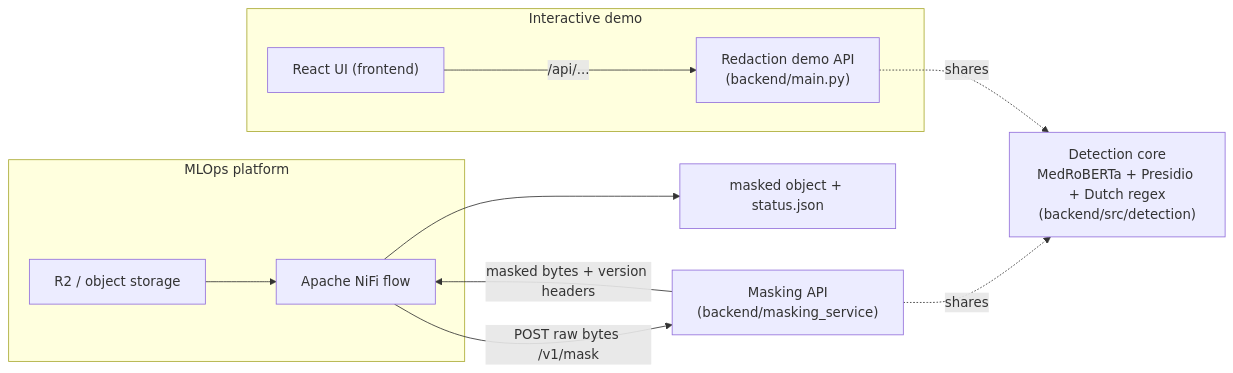
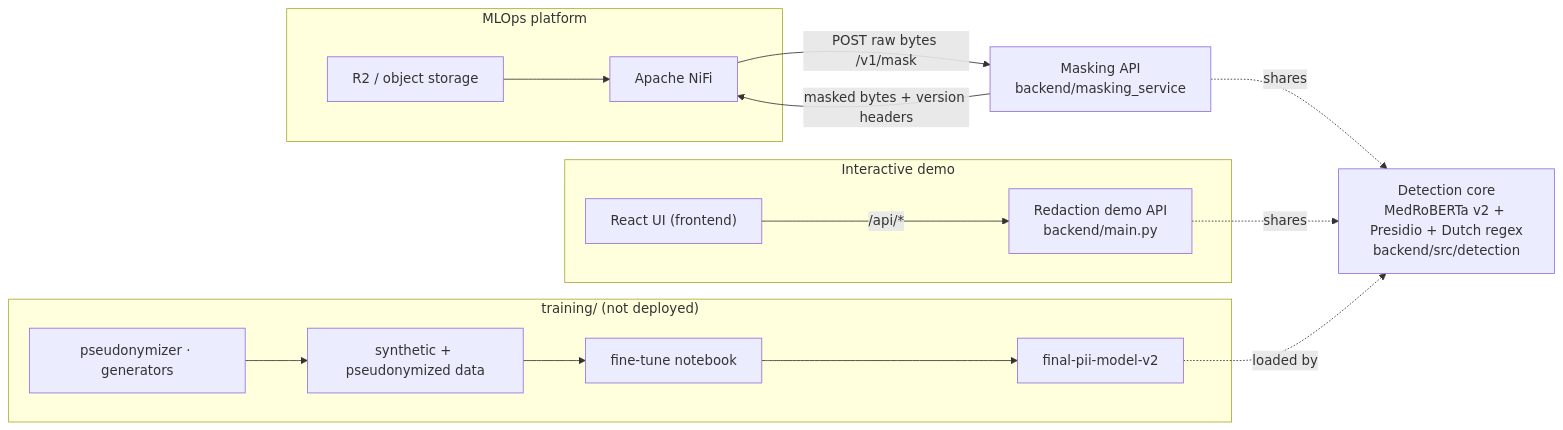
One commit to ziad-osama04/End-to-End-PII-v2 changed the diagram in README.md. Above: the diagram before and after it, drawn with Mermaid. The commit also changed other lines of this file and 2 other files, not shown here.

````diff
--- a/README.md
+++ b/README.md
@@ -55,16 +54,20 @@
 ```mermaid
 flowchart LR
     subgraph Platform["MLOps platform"]
-        R2["R2 / object storage"] --> NiFi["Apache NiFi flow"]
+        R2["R2 / object storage"] --> NiFi["Apache NiFi"]
     end
-    NiFi -->|"POST raw bytes /v1/mask"| API["Masking API\n(backend/masking_service)"]
+    NiFi -->|"POST raw bytes /v1/mask"| API["Masking API\nbackend/masking_service"]
     API -->|"masked bytes + version headers"| NiFi
-    NiFi --> OUT["masked object + status.json"]
 
     subgraph Demo["Interactive demo"]
-        UI["React UI (frontend)"] -->|"/api/..."| DEMO["Redaction demo API\n(backend/main.py)"]
+        UI["React UI (frontend)"] -->|"/api/*"| DEMO["Redaction demo API\nbackend/main.py"]
     end
 
-    API -.shares.-> CORE["Detection core\nMedRoBERTa + Presidio + Dutch regex\n(backend/src/detection)"]
+    API -.shares.-> CORE["Detection core\nMedRoBERTa v2 + Presidio + Dutch regex\nbackend/src/detection"]
     DEMO -.shares.-> CORE
+
+    subgraph Offline["training/ (not deployed)"]
+        PIPE["pseudonymizer · generators"] --> DATA["synthetic + pseudonymized data"] --> NB["fine-tune notebook"] --> MODEL["final-pii-model-v2"]
+    end
+    MODEL -.loaded by.-> CORE
 ```
````
